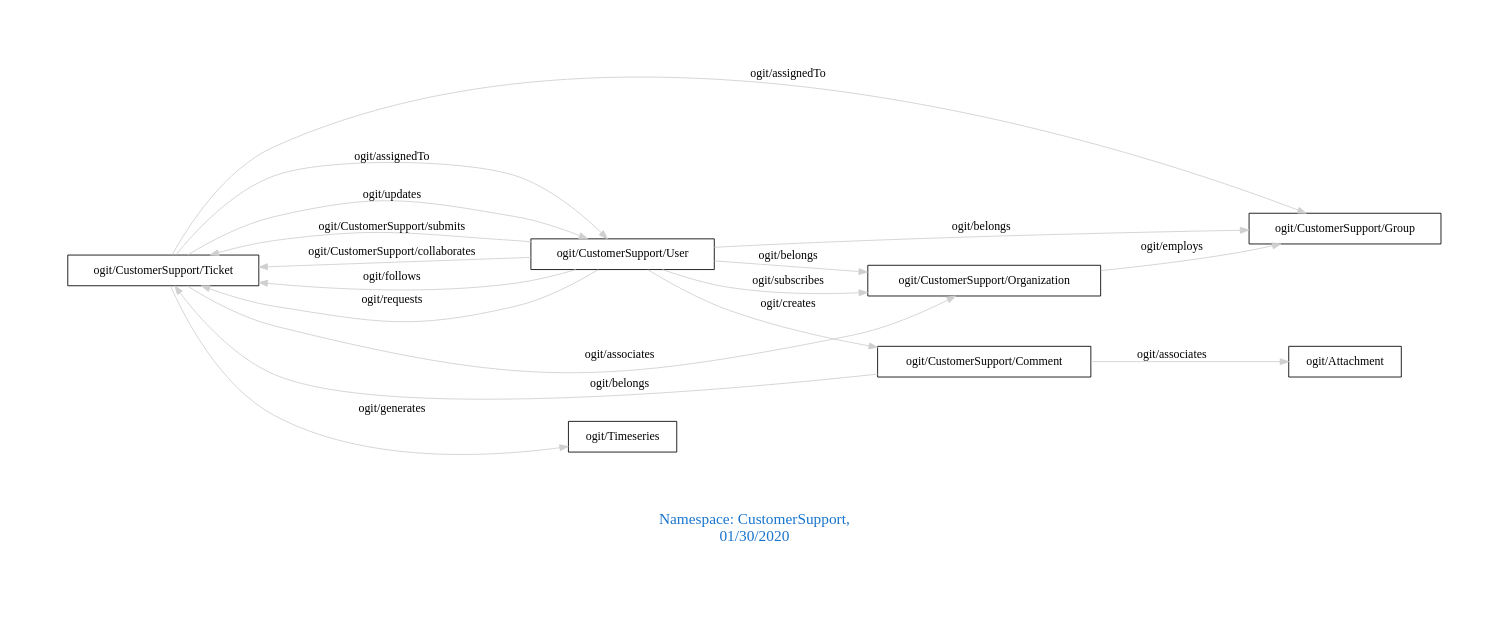
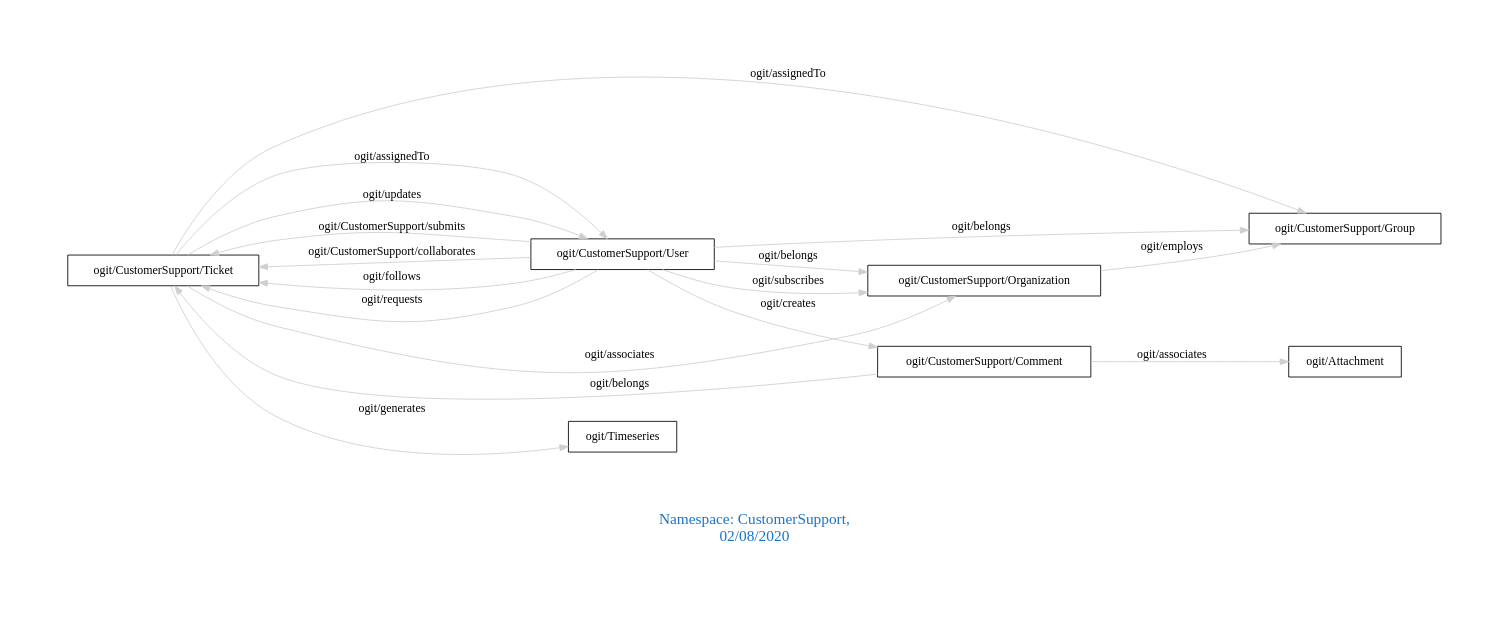
One commit to arago/OGIT changed the diagram in downloads/CustomerSupport.dot. Above: the diagram before and after it, drawn with Graphviz. The commit also changed 1725 other files, not shown here.

```diff
--- a/downloads/CustomerSupport.dot
+++ b/downloads/CustomerSupport.dot
@@ -1,24 +1,24 @@
 digraph OGIT_ontology {
  graph [ rankdir= LR,pad=1 
 fontsize = 18,
-fontcolor= dodgerblue3,label = "\n\n\nNamespace: CustomerSupport, \n 01/30/2020"];
+fontcolor= dodgerblue3,label = "\n\n\nNamespace: CustomerSupport, \n 02/08/2020"];
 node[shape=polygon];
 edge [  color="gray81"];
 
    "ogit/CustomerSupport/Ticket" -> "ogit/CustomerSupport/User" [label="   ogit/assignedTo    "];
    "ogit/CustomerSupport/Ticket" -> "ogit/CustomerSupport/Group" [label="   ogit/assignedTo    "];
    "ogit/CustomerSupport/Ticket" -> "ogit/Timeseries" [label="   ogit/generates    "];
    "ogit/CustomerSupport/User" -> "ogit/CustomerSupport/Ticket" [label="   ogit/CustomerSupport/submits    "];
    "ogit/CustomerSupport/Organization" -> "ogit/CustomerSupport/Group" [label="   ogit/employs    "];
    "ogit/CustomerSupport/User" -> "ogit/CustomerSupport/Ticket" [label="   ogit/CustomerSupport/collaborates    "];
    "ogit/CustomerSupport/User" -> "ogit/CustomerSupport/Ticket" [label="   ogit/follows    "];
    "ogit/CustomerSupport/User" -> "ogit/CustomerSupport/Comment" [label="   ogit/creates    "];
    "ogit/CustomerSupport/Comment" -> "ogit/Attachment" [label="   ogit/associates    "];
    "ogit/CustomerSupport/Ticket" -> "ogit/CustomerSupport/Organization" [label="   ogit/associates    "];
    "ogit/CustomerSupport/User" -> "ogit/CustomerSupport/Ticket" [label="   ogit/requests    "];
    "ogit/CustomerSupport/Ticket" -> "ogit/CustomerSupport/User" [label="   ogit/updates    "];
    "ogit/CustomerSupport/Comment" -> "ogit/CustomerSupport/Ticket" [label="   ogit/belongs    "];
    "ogit/CustomerSupport/User" -> "ogit/CustomerSupport/Group" [label="   ogit/belongs    "];
    "ogit/CustomerSupport/User" -> "ogit/CustomerSupport/Organization" [label="   ogit/belongs    "];
    "ogit/CustomerSupport/User" -> "ogit/CustomerSupport/Organization" [label="   ogit/subscribes    "];
 }
```
